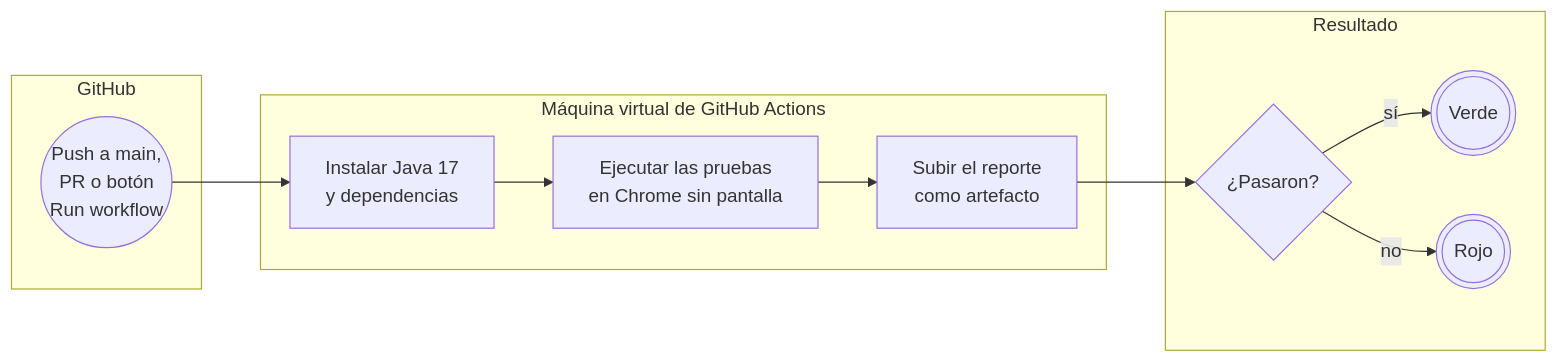
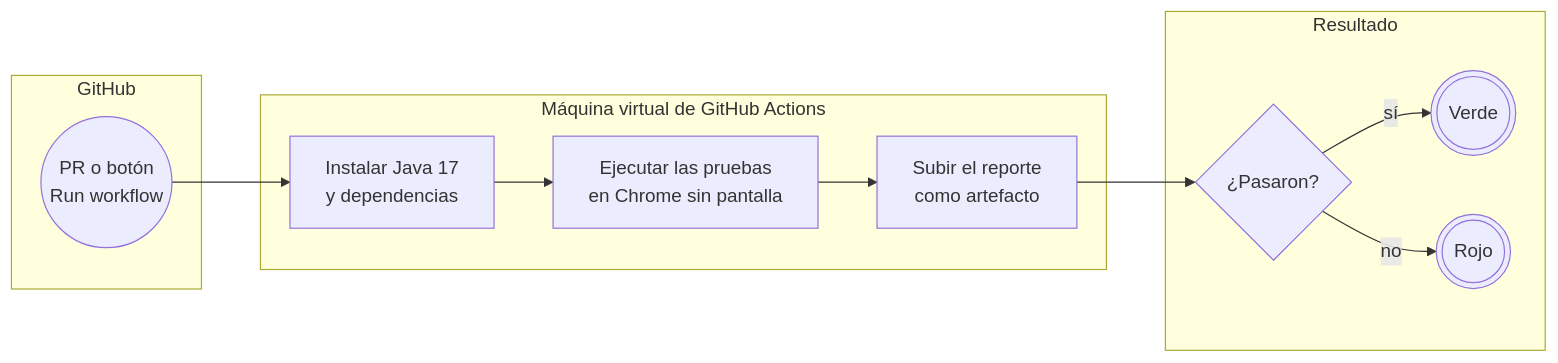
The second of 2 diagrams in README.md (pgp-qa-automation-labs/poc-selenium-cucumber), drawn with Mermaid before and after one commit. The commit also changed other lines of this file and 2 other files, not shown here.

First line of the commit message:
README de la rama: diagrama del fixture, guía para replicarlo y correcciones

````diff
--- a/README.md
+++ b/README.md
@@ -135,19 +159,19 @@
 ```mermaid
 flowchart LR
     subgraph GH["GitHub"]
-        T(("Push a main,<br/>PR o botón<br/>Run workflow"))
+        T(("PR o botón<br/>Run workflow"))
     end
     subgraph VM["Máquina virtual de GitHub Actions"]
         J["Instalar Java 17<br/>y dependencias"] --> M["Ejecutar las pruebas<br/>en Chrome sin pantalla"]
         M --> R["Subir el reporte<br/>como artefacto"]
     end
     subgraph RES["Resultado"]
         OK{"¿Pasaron?"}
         V(((Verde)))
         X(((Rojo)))
     end
     T --> J
     R --> OK
     OK -->|sí| V
     OK -->|no| X
 ```
````
